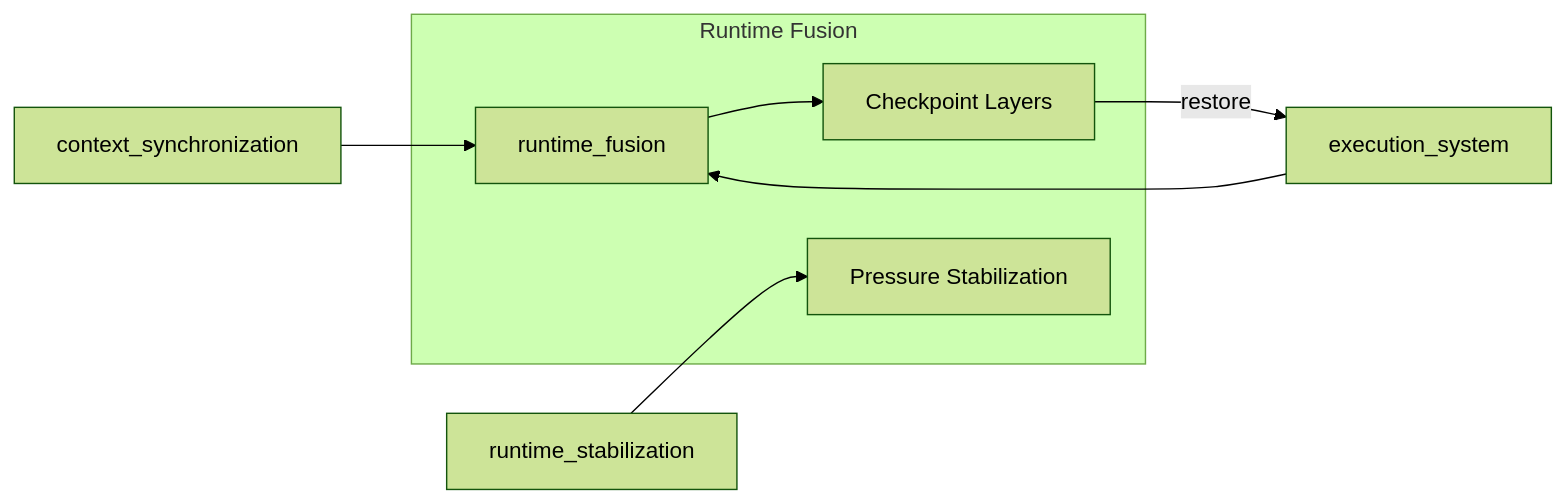
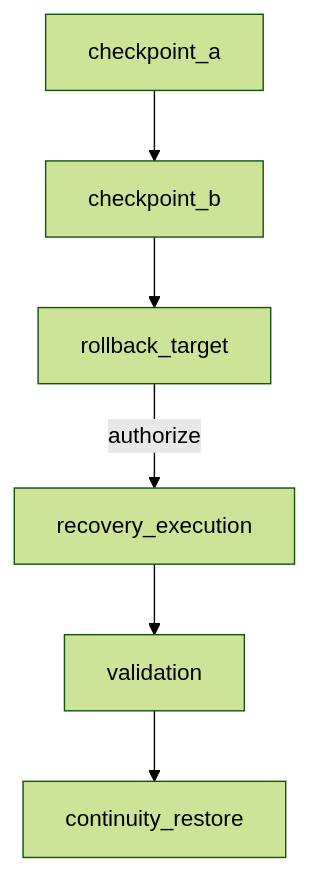
The second of 7 diagrams in README.md (FrostXMello/odin-runtime), drawn with Mermaid (forest theme) before and after one commit. The commit also changed other lines of this file and 27 other files, not shown here.

````diff
--- a/README.md
+++ b/README.md
@@ -112,14 +104,8 @@
 ```mermaid
-flowchart LR
-    subgraph Fusion["Runtime Fusion"]
-        RF[runtime_fusion]
-        CP[Checkpoint Layers]
-        SP[Pressure Stabilization]
-    end
-
-    CS[context_synchronization] --> RF
-    ES[execution_system] --> RF
-    RS[runtime_stabilization] --> SP
-    RF --> CP
-    CP -->|restore| ES
+flowchart TD
+    CP1[checkpoint_a] --> CP2[checkpoint_b]
+    CP2 --> RT[rollback_target]
+    RT -->|authorize| EXEC[recovery_execution]
+    EXEC --> VAL[validation]
+    VAL --> CONT[continuity_restore]
 ```
````
